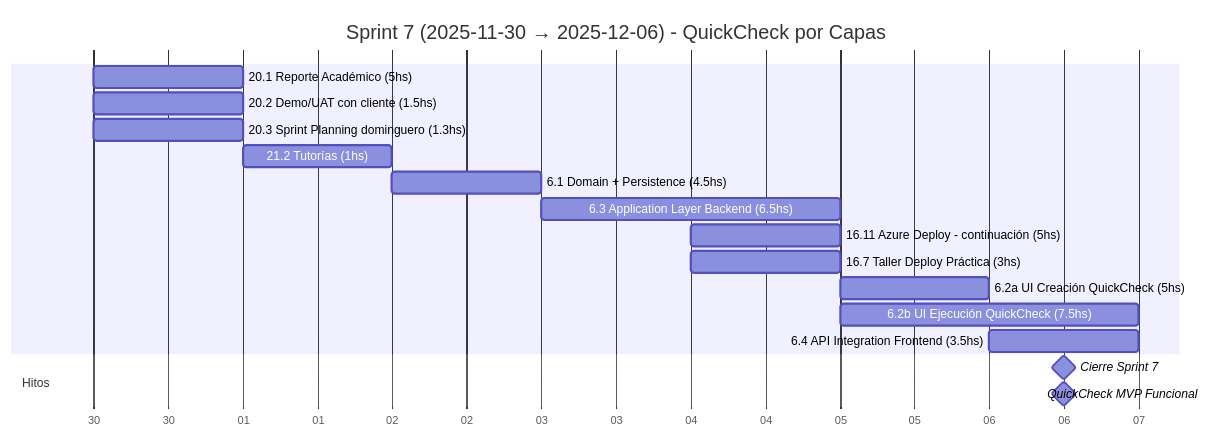
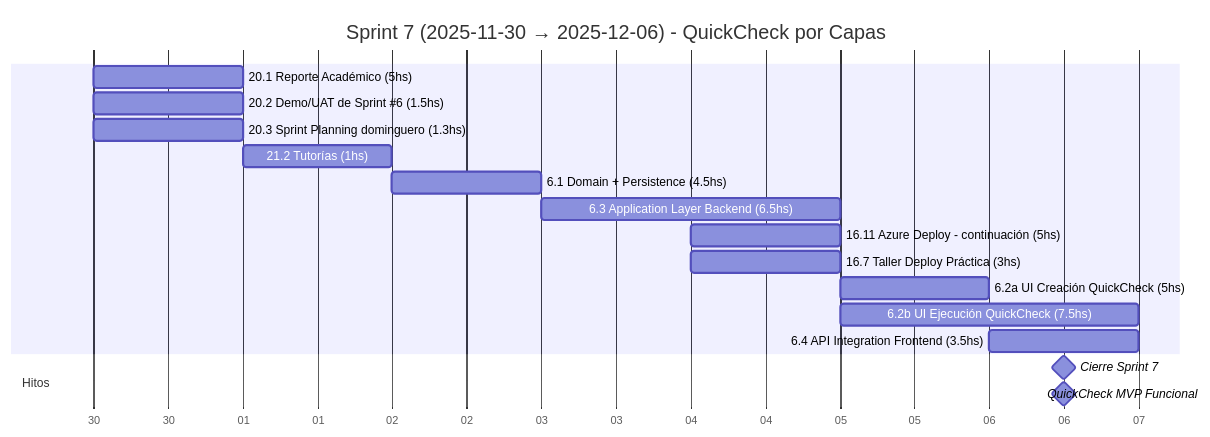
The eighth of 19 diagrams in docs/SprintsGantts.md (MarkMed/FleetMan), drawn with Mermaid before and after one commit. The commit also changed other lines of this file and 2 other files, not shown here.

Commit message:
feat: Update Sprint planning for sprint 11 and update Gantt charts

````diff
--- a/docs/SprintsGantts.md
+++ b/docs/SprintsGantts.md
@@ -217,24 +217,24 @@
 ```mermaid
 gantt
   title Sprint 7 (2025-11-30 → 2025-12-06) - QuickCheck por Capas
   dateFormat  YYYY-MM-DD
   axisFormat  %d
 
   %% Asumimos 5 h/día. Horas estimadas incluidas en el nombre.
 
   20.1 Reporte Académico (5hs)                  :t201, 2025-11-30, 1d
-  20.2 Demo/UAT con cliente (1.5hs)             :t202, 2025-11-30, 1d
+  20.2 Demo/UAT de Sprint #6 (1.5hs)            :t202, 2025-11-30, 1d
   20.3 Sprint Planning dominguero (1.3hs)       :t203, 2025-11-30, 1d
   21.2 Tutorías (1hs)                           :t212, 2025-12-01, 1d
   6.1 Domain + Persistence (4.5hs)              :t61, 2025-12-02, 1d
   6.3 Application Layer Backend (6.5hs)         :t63, after t61, 2d
   16.11 Azure Deploy - continuación (5hs)       :t1611, 2025-12-04, 1d
   16.7 Taller Deploy Práctica (3hs)             :t167, 2025-12-04, 1d
   6.2a UI Creación QuickCheck (5hs)             :t62a, after t63, 1d
   6.2b UI Ejecución QuickCheck (7.5hs)          :t62b, after t63, 2d
   6.4 API Integration Frontend (3.5hs)          :t64, 2025-12-06, 1d
 
   section Hitos
   Cierre Sprint 7                               :milestone, s7, 2025-12-06, 1d
   QuickCheck MVP Funcional                      :milestone, qc, 2025-12-06, 1d
 ```
````
